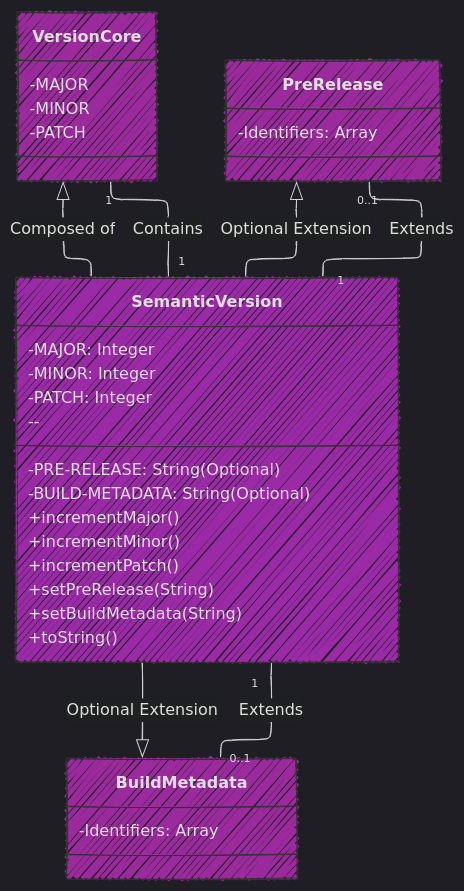
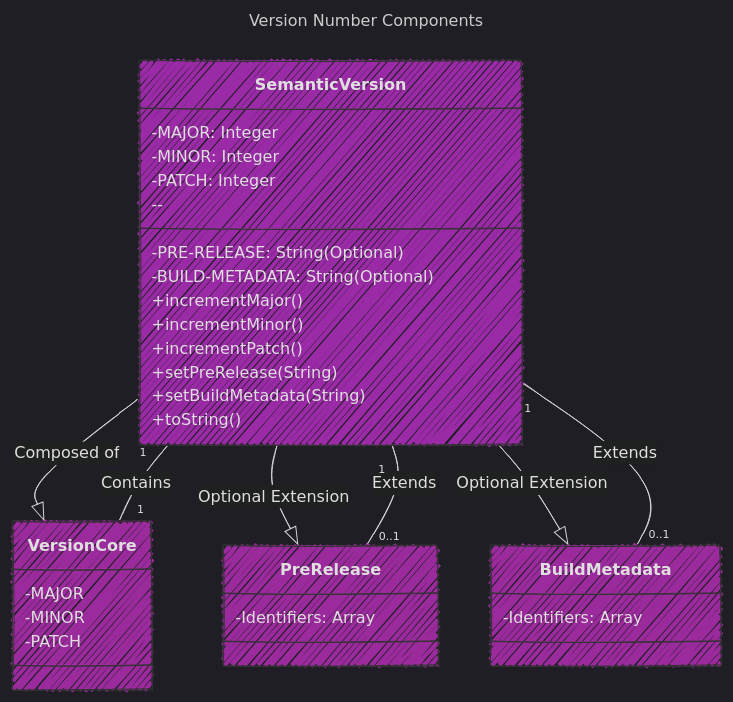
The second of 4 diagrams in Semantic_Versioning/Semantic_Versioning_2_in_Mermaid_V1.md (CongLeSolutionX/iOS-development-vault), drawn with Mermaid before and after one commit. The commit also changed other lines of this file and 6 other files, not shown here.

````diff
--- a/Semantic_Versioning/Semantic_Versioning_2_in_Mermaid_V1.md
+++ b/Semantic_Versioning/Semantic_Versioning_2_in_Mermaid_V1.md
@@ -81,51 +82,51 @@
 ```mermaid
 ---
+title: Version Number Components
 config:
-  layout: elk
   look: handDrawn
   theme: dark
 ---
 classDiagram
     class SemanticVersion {
         -MAJOR: Integer
         -MINOR: Integer
         -PATCH: Integer
         -PRE-RELEASE: String (Optional)
         -BUILD-METADATA: String (Optional)
         --
         +incrementMajor()
         +incrementMinor()
         +incrementPatch()
         +setPreRelease(String)
         +setBuildMetadata(String)
         +toString()
     }
     
     SemanticVersion --|> VersionCore : Composed of
     SemanticVersion --|> PreRelease : Optional Extension
     SemanticVersion --|> BuildMetadata : Optional Extension
     
     class VersionCore{
         -MAJOR
         -MINOR
         -PATCH
     }
     
     class PreRelease{
         -Identifiers: Array<String>
     }
     
     class BuildMetadata{
         -Identifiers: Array<String>
     }
     
     VersionCore "1" -- "1" SemanticVersion : Contains
     PreRelease "0..1" -- "1" SemanticVersion : Extends
     BuildMetadata "0..1" -- "1" SemanticVersion : Extends
     
     style SemanticVersion fill:#e3f9,stroke:#333,stroke-width:1px
     style VersionCore fill:#e3e9,stroke:#333,stroke-width:1px
     style PreRelease fill:#e3e9,stroke:#333,stroke-width:1px
     style BuildMetadata fill:#e3e9,stroke:#333,stroke-width:1px
     
 ```
````
